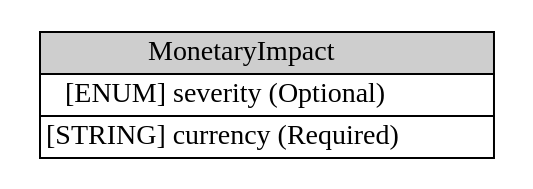
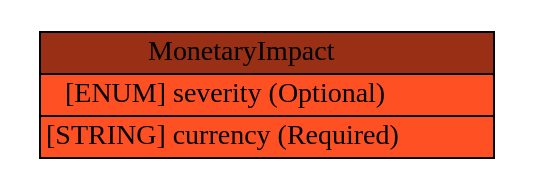
One commit to Moutix/idmef_parser changed the diagram in iodef/graph/MonetaryImpact.dot. Above: the diagram before and after it, drawn with Graphviz. The commit also changed 271 other files, not shown here.

Commit message:
Add color in IODEF diagram

```diff
--- a/iodef/graph/MonetaryImpact.dot
+++ b/iodef/graph/MonetaryImpact.dot
@@ -1,6 +1,6 @@
 digraph MonetaryImpact {
 	graph [rankdir=LR];
 	node [label="\N"];
 	graph [bb="0,0,234,68"];
-	MonetaryImpact [label=<<table BORDER="0" CELLBORDER="1" CELLSPACING="0"> <tr > <td BGCOLOR="#CECECE" HREF="#" TITLE="The MonetaryImpact class describes the financial impact of the activity on an organization. For example, this impact may consider losses due to the cost of the investigation or recovery, diminished ">MonetaryImpact</td> </tr>" %<tr><td HREF="#" TITLE="An estimate of the relative severity of the activity.  The permitted values are shown below.  There is no default value.">[ENUM] severity (Optional) </td></tr>%<tr><td HREF="#" TITLE="Defines the currency in which the monetary impact is expressed.  The permitted values are defined in ISO 4217:2001, Codes for the representation of currencies and funds [14].  There is no default value.">[STRING] currency (Required) </td></tr>%</table>>, shape=plaintext, pos="117,34", width="3.2222", height="0.95833"];
+	MonetaryImpact [label=<<table BORDER="0" CELLBORDER="1" CELLSPACING="0"> <tr > <td BGCOLOR="#993016" HREF="#" TITLE="The MonetaryImpact class describes the financial impact of the activity on an organization. For example, this impact may consider losses due to the cost of the investigation or recovery, diminished ">MonetaryImpact</td> </tr>" %<tr><td BGCOLOR="#FF5024" HREF="#" TITLE="An estimate of the relative severity of the activity.  The permitted values are shown below.  There is no default value.">[ENUM] severity (Optional) </td></tr>%<tr><td BGCOLOR="#FF5024" HREF="#" TITLE="Defines the currency in which the monetary impact is expressed.  The permitted values are defined in ISO 4217:2001, Codes for the representation of currencies and funds [14].  There is no default value.">[STRING] currency (Required) </td></tr>%</table>>, shape=plaintext, pos="117,34", width="3.2222", height="0.95833"];
 }
```
